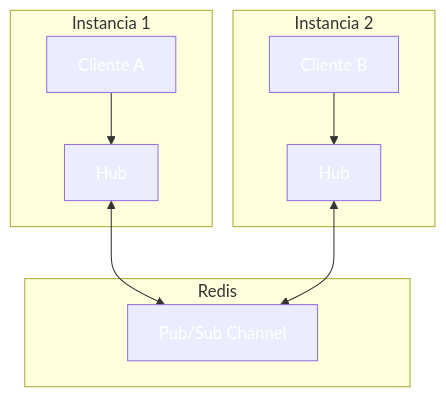
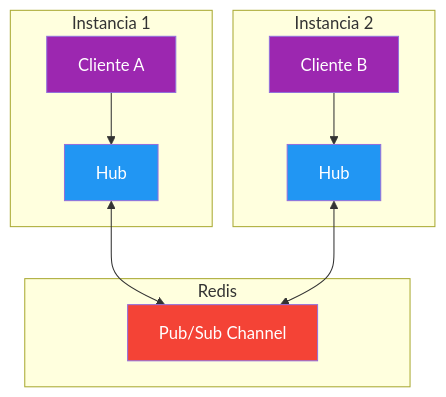
The third of 4 diagrams in 18-websockets-signalr.md (joseluisgs/DesarrolloWebEntornosServidor-02-2026-2027), drawn with Mermaid before and after one commit. The commit also changed other lines of this file and 29 other files, not shown here.

Commit message:
docs: corregir estilos Mermaid y estilo, quitar referencias a la Tienda y reestructurar los retos 13 y 15

````diff
--- a/18-websockets-signalr.md
+++ b/18-websockets-signalr.md
@@ -935,23 +935,23 @@
 ```mermaid
 flowchart TB
     subgraph "Instancia 1"
         A1["Cliente A"] --> A2["Hub"]
     end
 
     subgraph "Instancia 2"
         B1["Cliente B"] --> B2["Hub"]
     end
 
     subgraph "Redis"
         R1["Pub/Sub Channel"]
     end
 
     A2 <--> R1
     B2 <--> R1
 
-    style A1 fill:#9C27B,color:#fff0,color:#fff
-    style A2 fill:#2196F,color:#fff3,color:#fff
-    style B1 fill:#9C27B,color:#fff0,color:#fff
-    style B2 fill:#2196F,color:#fff3,color:#fff
-    style R1 fill:#f4433,color:#fff6,color:#fff
+    style A1 fill:#9C27B0,color:#fff
+    style A2 fill:#2196F3,color:#fff
+    style B1 fill:#9C27B0,color:#fff
+    style B2 fill:#2196F3,color:#fff
+    style R1 fill:#f44336,color:#fff
 ```
````
